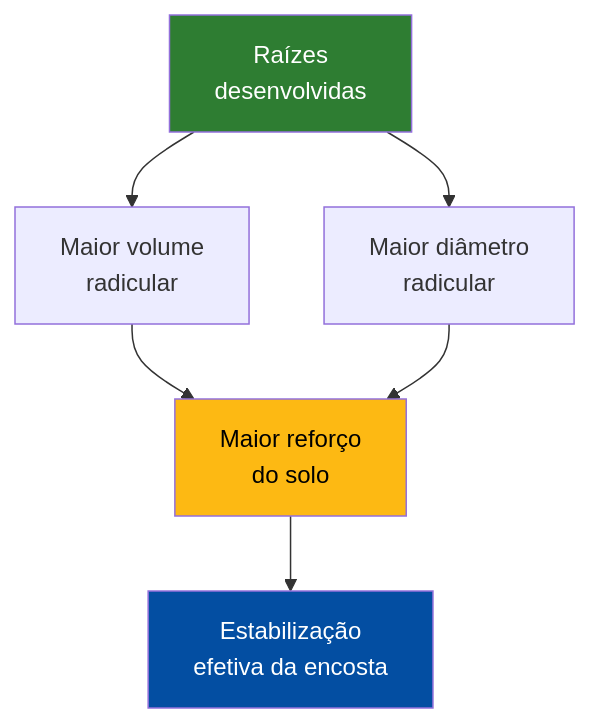
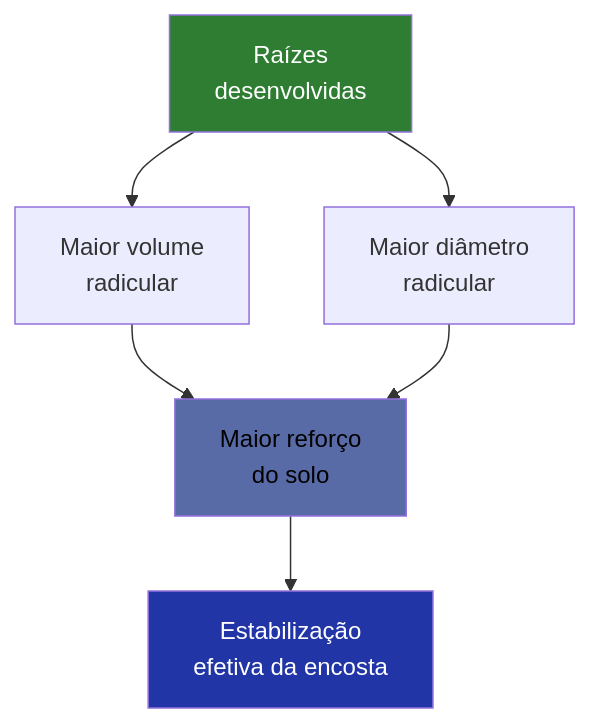
One commit to ldvsantos/cv changed the ninth of 10 diagrams in aulas/bioengenharia_de_solos/aulas/feixes_vivos/feixes_vivos.qmd. Above: the diagram before and after it, drawn with Mermaid. The commit also changed other lines of this file and 466 other files, not shown here.

````diff
--- a/aulas/bioengenharia_de_solos/aulas/feixes_vivos/feixes_vivos.qmd
+++ b/aulas/bioengenharia_de_solos/aulas/feixes_vivos/feixes_vivos.qmd
@@ -923,12 +921,12 @@
 ```{mermaid}
 %%| fig-width: 4.5
 graph TD
     A["Raízes<br>desenvolvidas"] --> B["Maior volume<br>radicular"]
     A --> C["Maior diâmetro<br>radicular"]
     B --> D["Maior reforço<br>do solo"]
     C --> D
     D --> E["Estabilização<br>efetiva da encosta"]
     style A fill:#2E7D32,color:#fff
-    style D fill:#FDB913,color:#000
-    style E fill:#034EA2,color:#fff
+    style D fill:#586BA6,color:#000
+    style E fill:#2135A6,color:#fff
 ```
````
